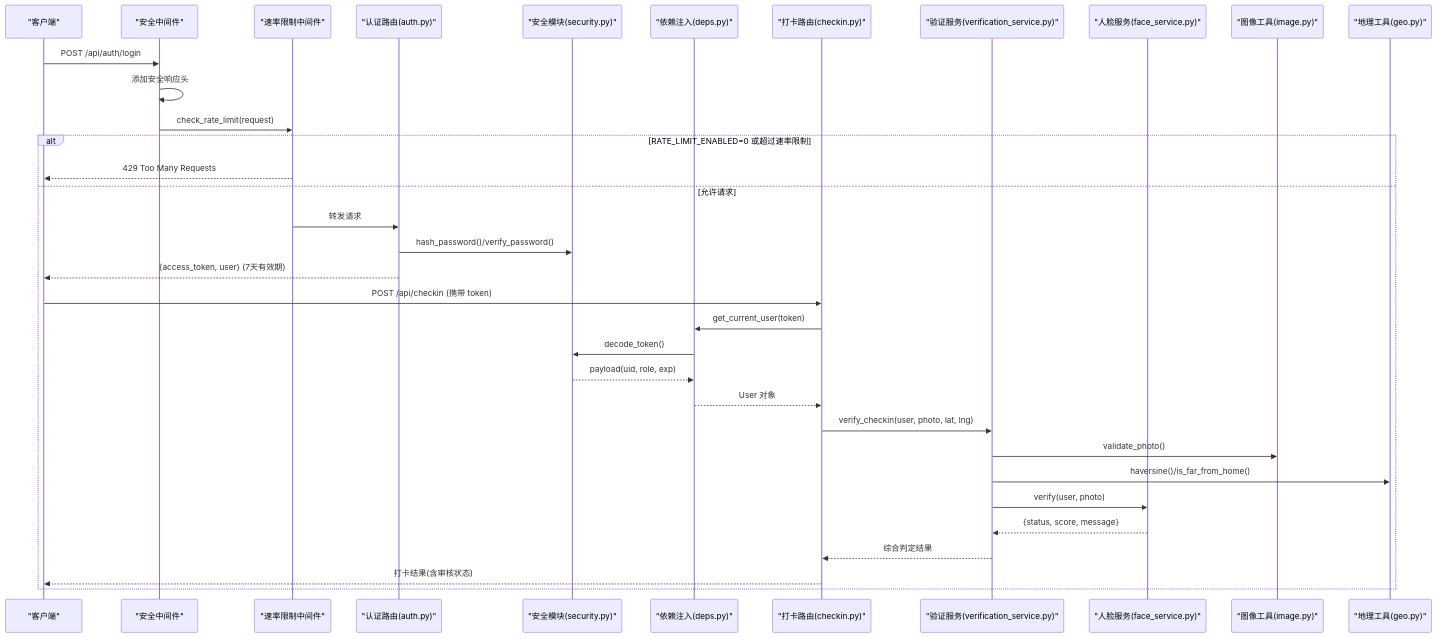
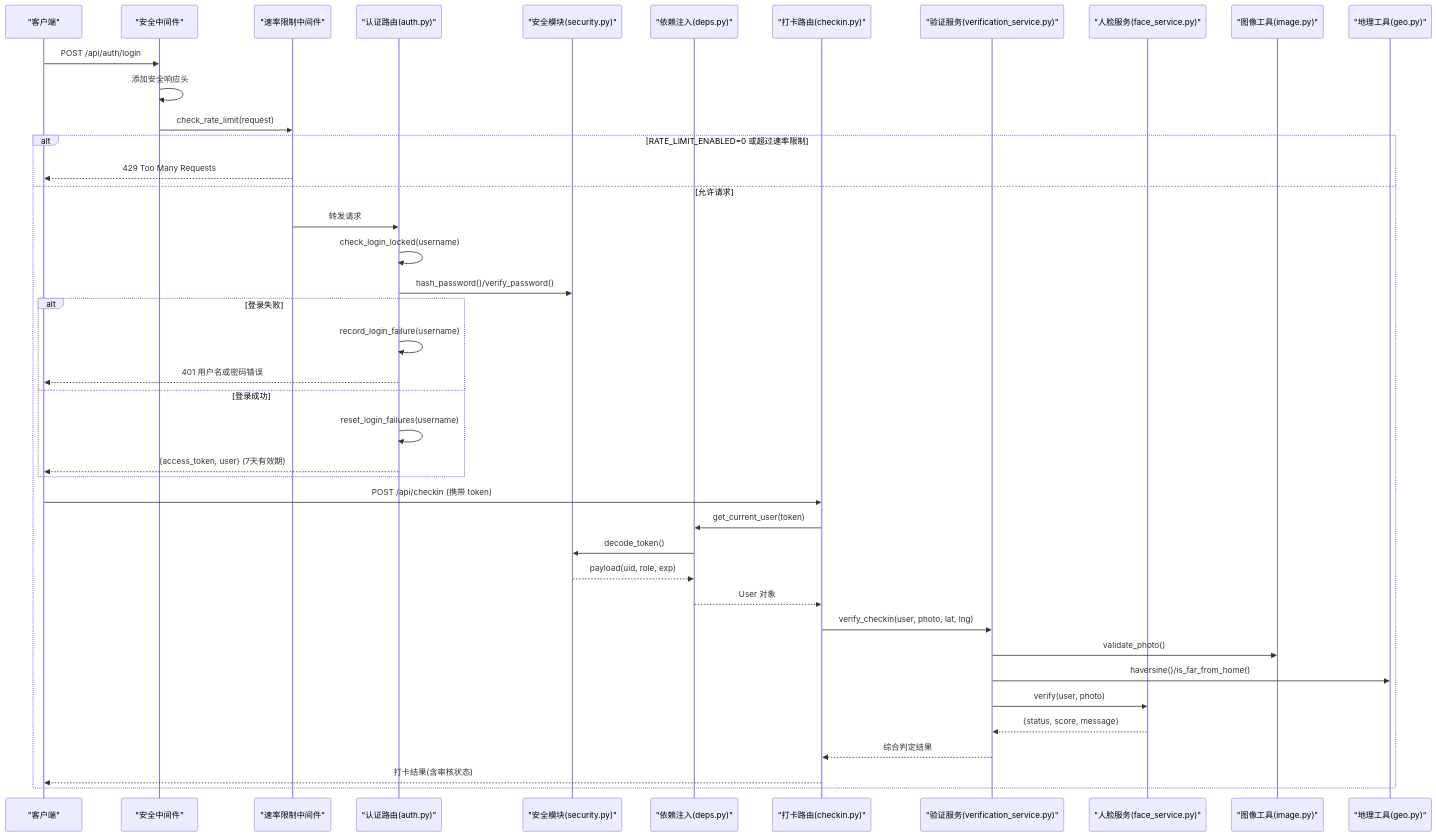
The second of 12 diagrams in .qoder/repowiki/zh/content/安全与认证机制/安全与认证机制.md (onebody/homework), drawn with Mermaid before and after one commit. The commit also changed other lines of this file and 35 other files, not shown here.

````diff
--- a/.qoder/repowiki/zh/content/安全与认证机制/安全与认证机制.md
+++ b/.qoder/repowiki/zh/content/安全与认证机制/安全与认证机制.md
@@ -205,36 +206,43 @@
 ```mermaid
 sequenceDiagram
 participant Client as "客户端"
 participant Middleware as "安全中间件"
 participant RateLimit as "速率限制中间件"
 participant AuthRouter as "认证路由(auth.py)"
 participant Security as "安全模块(security.py)"
 participant Deps as "依赖注入(deps.py)"
 participant CheckinRouter as "打卡路由(checkin.py)"
 participant VerifySvc as "验证服务(verification_service.py)"
 participant FaceSvc as "人脸服务(face_service.py)"
 participant ImageUtil as "图像工具(image.py)"
 participant GeoUtil as "地理工具(geo.py)"
 Client->>Middleware : POST /api/auth/login
 Middleware->>Middleware : 添加安全响应头
 Middleware->>RateLimit : check_rate_limit(request)
 alt RATE_LIMIT_ENABLED=0 或超过速率限制
 RateLimit-->>Client : 429 Too Many Requests
 else 允许请求
 RateLimit->>AuthRouter : 转发请求
+AuthRouter->>AuthRouter : check_login_locked(username)
 AuthRouter->>Security : hash_password()/verify_password()
+alt 登录失败
+AuthRouter->>AuthRouter : record_login_failure(username)
+AuthRouter-->>Client : 401 用户名或密码错误
+else 登录成功
+AuthRouter->>AuthRouter : reset_login_failures(username)
 AuthRouter-->>Client : {access_token, user} (7天有效期)
+end
 Client->>CheckinRouter : POST /api/checkin (携带 token)
 CheckinRouter->>Deps : get_current_user(token)
 Deps->>Security : decode_token()
 Security-->>Deps : payload(uid, role, exp)
 Deps-->>CheckinRouter : User 对象
 CheckinRouter->>VerifySvc : verify_checkin(user, photo, lat, lng)
 VerifySvc->>ImageUtil : validate_photo()
 VerifySvc->>GeoUtil : haversine()/is_far_from_home()
 VerifySvc->>FaceSvc : verify(user, photo)
 FaceSvc-->>VerifySvc : {status, score, message}
 VerifySvc-->>CheckinRouter : 综合判定结果
 CheckinRouter-->>Client : 打卡结果(含审核状态)
 end
 ```
````
